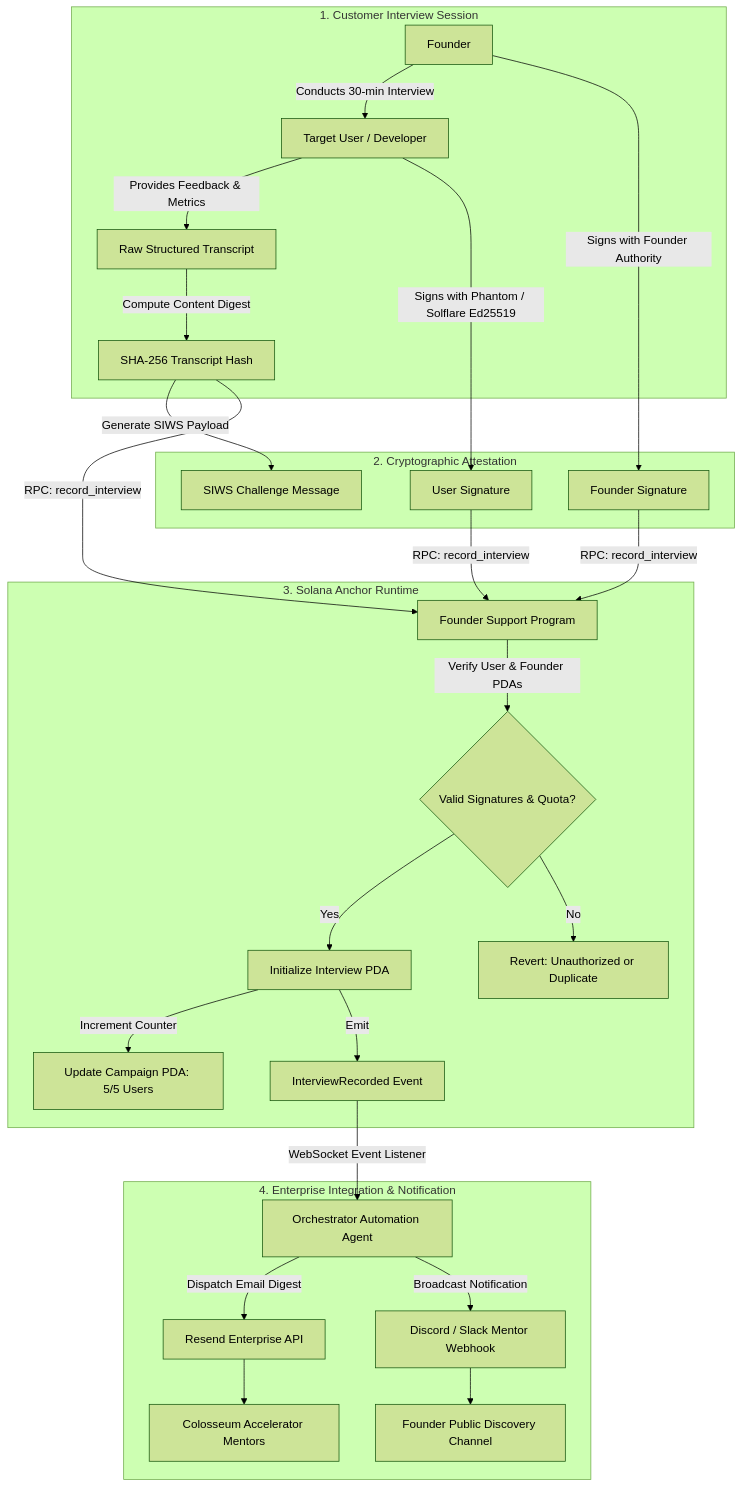
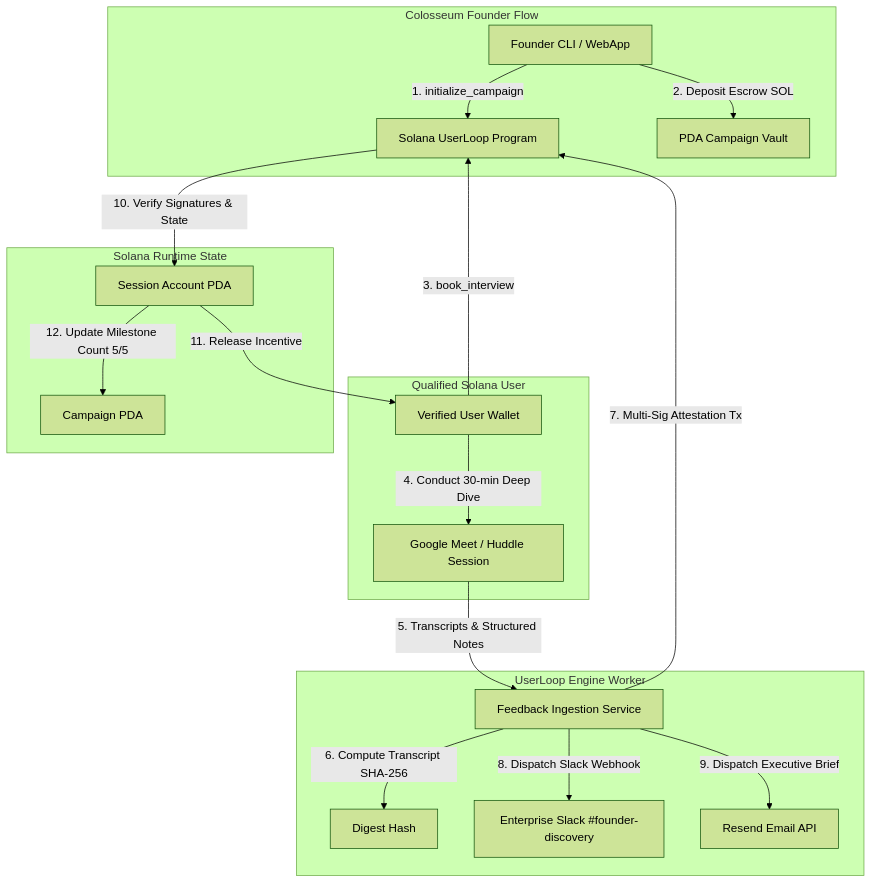
Before and after one commit to wiliancolomboo-tech/web3-colosseum--founder-support---talk-t-75d55c: the diagram in README.md, drawn with Mermaid (forest theme). The commit also changed other lines of this file and 202 other files, not shown here.

````diff
--- a/README.md
+++ b/README.md
@@ -39,31 +49,26 @@
 ```mermaid
 flowchart TD
-    subgraph Discovery ["1. Customer Interview Session"]
-        A[Founder] -->|Conducts 30-min Interview| B[Target User / Developer]
-        B -->|Provides Feedback & Metrics| C[Raw Structured Transcript]
-        C -->|Compute Content Digest| D[SHA-256 Transcript Hash]
+    subgraph Founder ["Colosseum Founder Flow"]
+        F1[Founder CLI / WebApp] -->|1. initialize_campaign| SC[Solana UserLoop Program]
+        F1 -->|2. Deposit Escrow SOL| ESC[PDA Campaign Vault]
     end
 
-    subgraph Verification ["2. Cryptographic Attestation"]
-        D -->|Generate SIWS Payload| E[SIWS Challenge Message]
-        B -->|Signs with Phantom / Solflare Ed25519| F[User Signature]
-        A -->|Signs with Founder Authority| G[Founder Signature]
+    subgraph Interviewee ["Qualified Solana User"]
+        U1[Verified User Wallet] -->|3. book_interview| SC
+        U1 -->|4. Conduct 30-min Deep Dive| CALL[Google Meet / Huddle Session]
     end
 
-    subgraph OnChain ["3. Solana Anchor Runtime"]
-        F & G & D -->|RPC: record_interview| H[Founder Support Program]
-        H -->|Verify User & Founder PDAs| I{Valid Signatures & Quota?}
-        I -->|Yes| J[Initialize Interview PDA]
-        I -->|No| K[Revert: Unauthorized or Duplicate]
-        J -->|Increment Counter| L[Update Campaign PDA: 5/5 Users]
-        J -->|Emit| M[InterviewRecorded Event]
+    subgraph OffChainEngine ["UserLoop Engine Worker"]
+        CALL -->|5. Transcripts & Structured Notes| AGENT[Feedback Ingestion Service]
+        AGENT -->|6. Compute Transcript SHA-256| HASH[Digest Hash]
+        AGENT -->|7. Multi-Sig Attestation Tx| SC
+        AGENT -->|8. Dispatch Slack Webhook| SLK[Enterprise Slack #founder-discovery]
+        AGENT -->|9. Dispatch Executive Brief| RSN[Resend Email API]
     end
 
-    subgraph Enterprise ["4. Enterprise Integration & Notification"]
-        M -->|WebSocket Event Listener| N[Orchestrator Automation Agent]
-        N -->|Dispatch Email Digest| O[Resend Enterprise API]
-        N -->|Broadcast Notification| P[Discord / Slack Mentor Webhook]
-        O --> Q[Colosseum Accelerator Mentors]
-        P --> R[Founder Public Discovery Channel]
+    subgraph OnChainExecution ["Solana Runtime State"]
+        SC -->|10. Verify Signatures & State| STATE[Session Account PDA]
+        STATE -->|11. Release Incentive| U1
+        STATE -->|12. Update Milestone Count 5/5| CAMP[Campaign PDA]
     end
 ```
````
